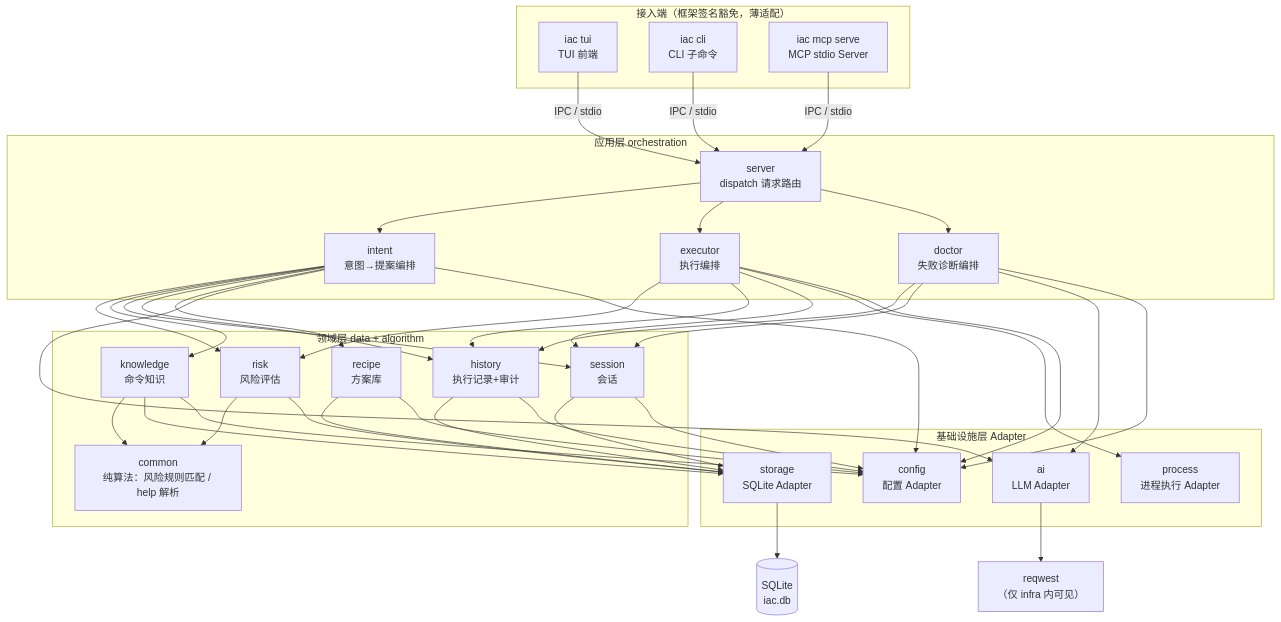
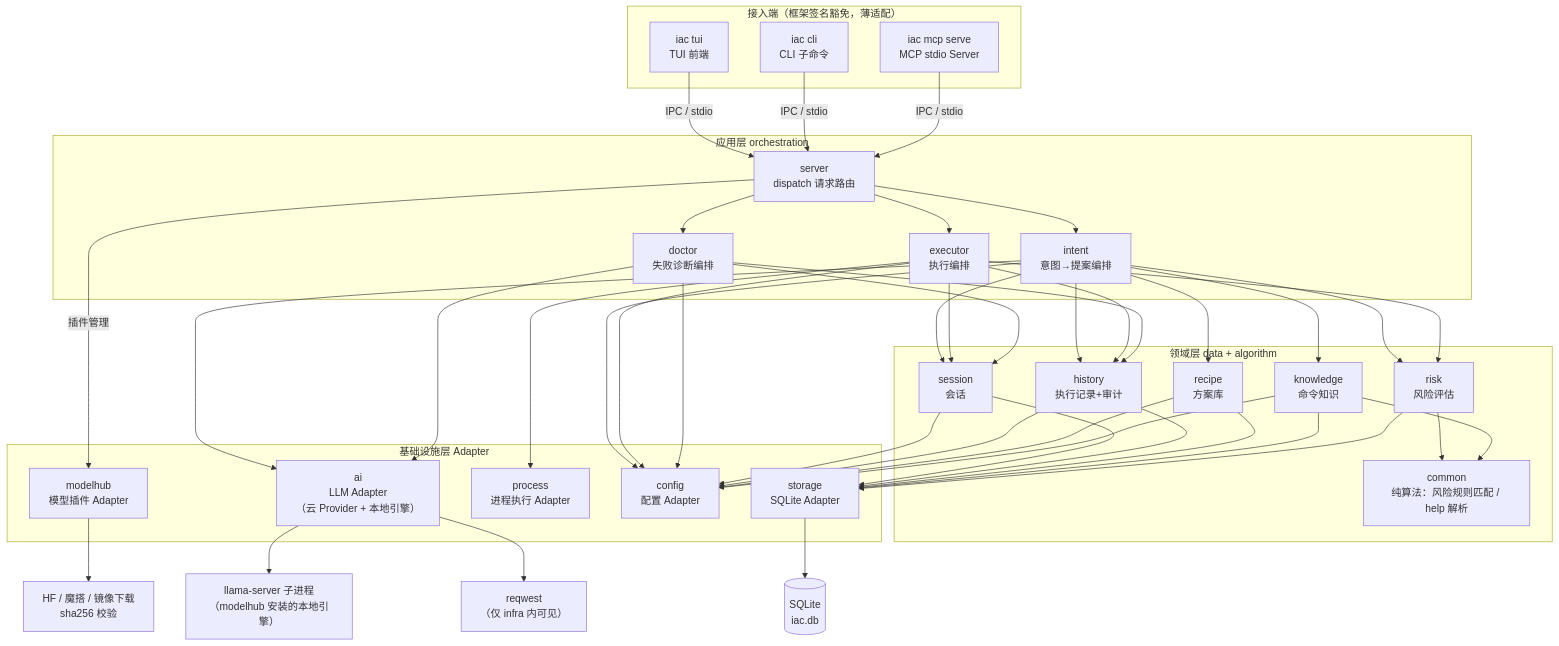
Before and after one commit to zhaoxuan-inside/iA-Console: the diagram in _04_framework_design/01_architecture.md, drawn with Mermaid. The commit also changed other lines of this file and 1 other file, not shown here.

Commit message:
docs(_04): 架构图补 modelhub 与本地引擎；新增流 4 跨方言翻译；实体表补 translations/model_plugins

````diff
--- a/_04_framework_design/01_architecture.md
+++ b/_04_framework_design/01_architecture.md
@@ -7,44 +7,48 @@
 ```mermaid
 graph TB
     subgraph entry[接入端（框架签名豁免，薄适配）]
         TUI[iac tui<br/>TUI 前端]
         CLI[iac cli<br/>CLI 子命令]
         MCPS[iac mcp serve<br/>MCP stdio Server]
     end
 
     subgraph app[应用层 orchestration]
         SERVER[server<br/>dispatch 请求路由]
         INTENT[intent<br/>意图→提案编排]
         EXECUTOR[executor<br/>执行编排]
         DOCTOR[doctor<br/>失败诊断编排]
     end
 
     subgraph domain[领域层 data + algorithm]
         RISK[risk<br/>风险评估]
         SESSION[session<br/>会话]
         HISTORY[history<br/>执行记录+审计]
         RECIPE[recipe<br/>方案库]
         KNOWLEDGE[knowledge<br/>命令知识]
         COMMON[common<br/>纯算法：风险规则匹配 / help 解析]
     end
 
     subgraph infra[基础设施层 Adapter]
-        AI[ai<br/>LLM Adapter]
+        AI[ai<br/>LLM Adapter<br/>（云 Provider + 本地引擎）]
         STORE[storage<br/>SQLite Adapter]
         PROC[process<br/>进程执行 Adapter]
         CONFIG[config<br/>配置 Adapter]
+        MODELHUB[modelhub<br/>模型插件 Adapter]
     end
 
     TUI & CLI & MCPS -->|IPC / stdio| SERVER
     SERVER --> INTENT & EXECUTOR & DOCTOR
+    SERVER -->|插件管理| MODELHUB
     INTENT --> RISK & KNOWLEDGE & SESSION & HISTORY & RECIPE
     EXECUTOR --> RISK & HISTORY & SESSION & PROC
     DOCTOR --> HISTORY & SESSION
     RISK --> COMMON
     KNOWLEDGE --> COMMON
     INTENT & DOCTOR --> AI
     SESSION & HISTORY & RECIPE & KNOWLEDGE & RISK --> STORE
     INTENT & EXECUTOR & DOCTOR & SESSION & HISTORY & RECIPE & KNOWLEDGE --> CONFIG
     AI --> PROC2[reqwest<br/>（仅 infra 内可见）]
+    AI --> ENG[llama-server 子进程<br/>（modelhub 安装的本地引擎）]
+    MODELHUB --> DL[HF / 魔搭 / 镜像下载<br/>sha256 校验]
     STORE --> SQL[(SQLite<br/>iac.db)]
 ```
````
